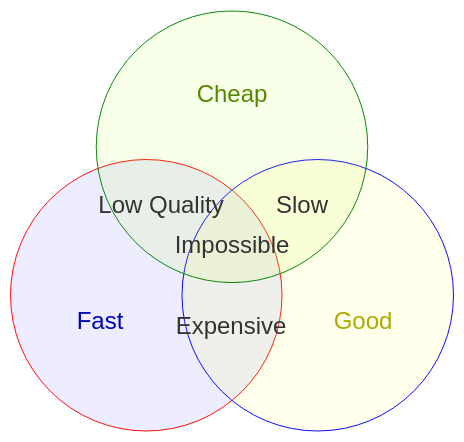
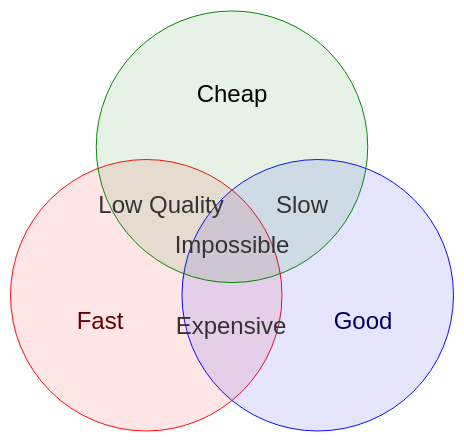
The diagram in Introduction/FastGoodCheap.md (AgeTheGod/Post-Work-Society), drawn with Mermaid before and after one commit.

Commit message:
Adding fill colours to the FastGoodCheap.md Venn diagram

````diff
--- a/Introduction/FastGoodCheap.md
+++ b/Introduction/FastGoodCheap.md
@@ -30,16 +30,16 @@
 ```mermaid
 venn-beta
     set Fast 
-        style Fast stroke:red,stroke-width:4px
+        style Fast stroke:red,stroke-width:10px, fill:red, fill-opacity:0.1
 
     set Good 
-        style Good stroke:blue,stroke-width:4px
+        style Good stroke:blue,stroke-width:10px, fill:blue, fill-opacity:0.1
 
     set Cheap
-        style Cheap stroke:green, stroke-width:4px
+        style Cheap stroke:green, stroke-width:10px, fill:green, fill-opacity:0.1
 
     union Fast,Good["Expensive"]
     union Fast,Cheap["Low Quality"]
     union Good,Cheap["Slow"]
     union Fast,Good,Cheap["Impossible"]
 ```
````
